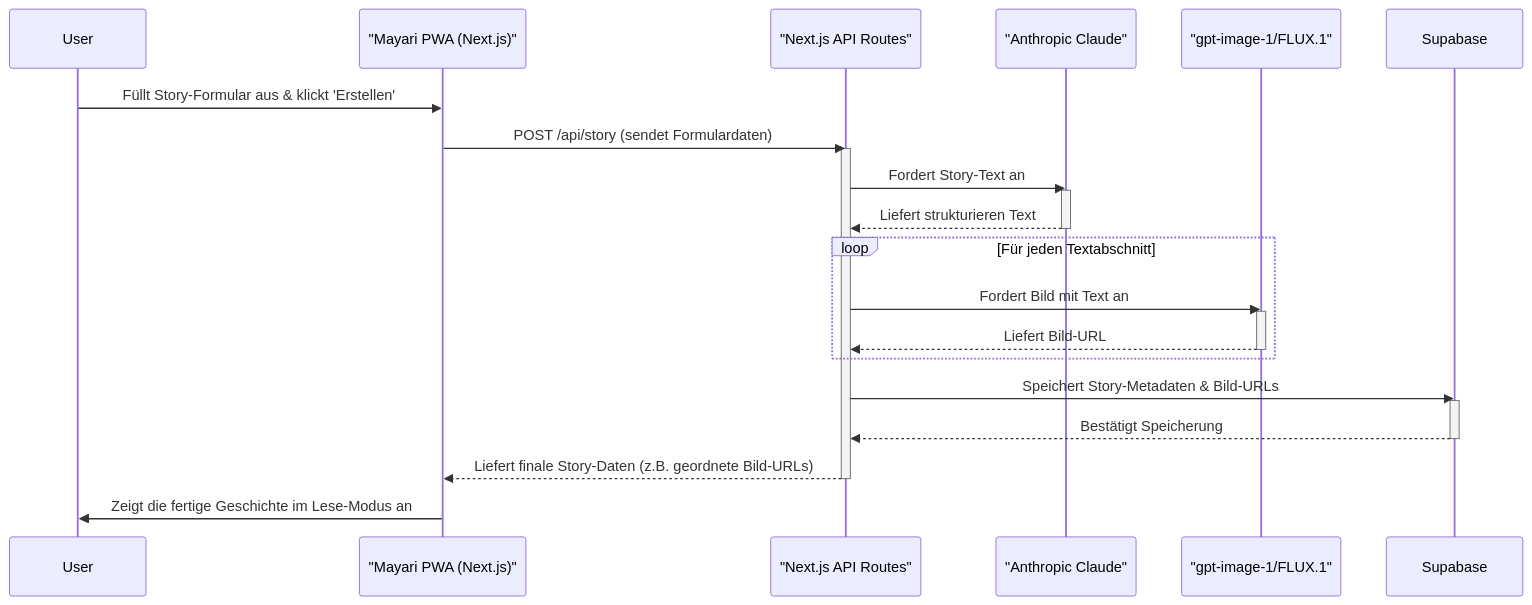
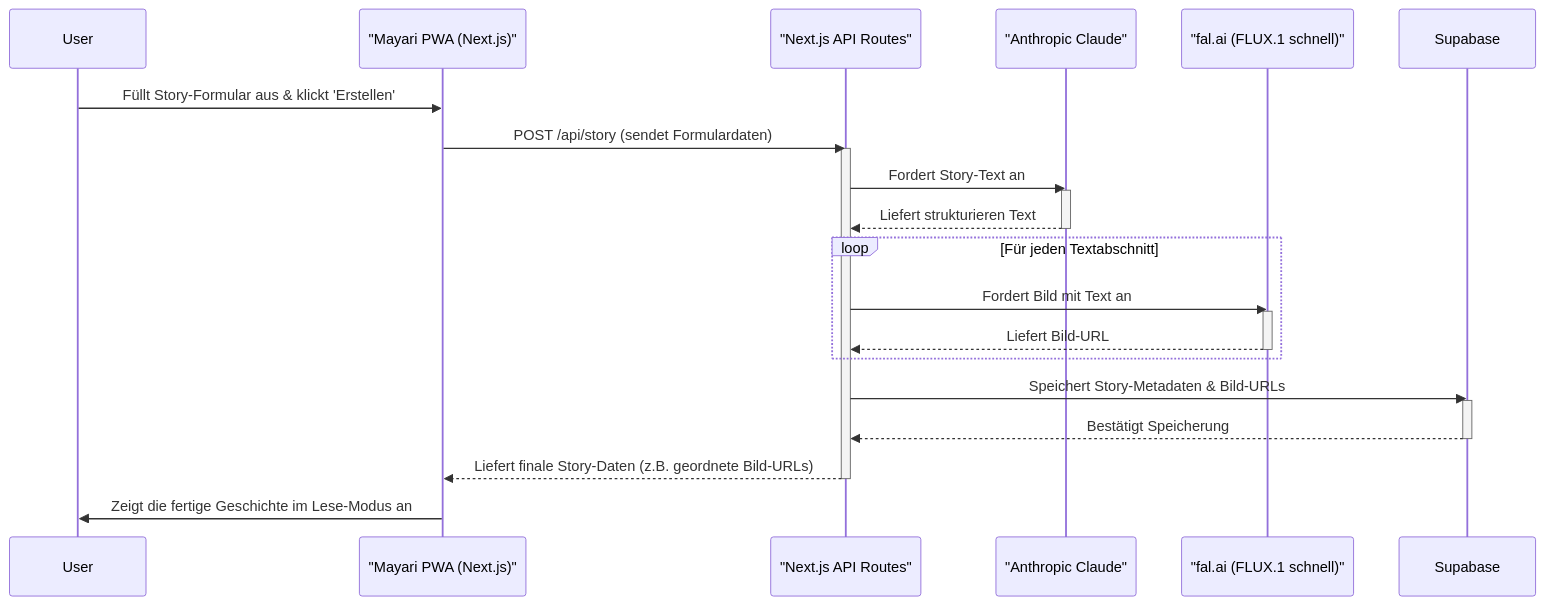
The first of 2 diagrams in docs/technical/sdd.md (DuckSpencer/mayari-pwa), drawn with Mermaid before and after one commit. The commit also changed other lines of this file and 21 other files, not shown here.

````diff
--- a/docs/technical/sdd.md
+++ b/docs/technical/sdd.md
@@ -7,35 +7,35 @@
 ```mermaid
 sequenceDiagram
     participant User
     participant PWA as "Mayari PWA (Next.js)"
     participant Backend as "Next.js API Routes"
     participant TextAI as "Anthropic Claude"
-    participant ImageAI as "gpt-image-1/FLUX.1"
+    participant ImageAI as "fal.ai (FLUX.1 schnell)"
     participant Supabase
 
     User->>PWA: Füllt Story-Formular aus & klickt 'Erstellen'
     PWA->>Backend: POST /api/story (sendet Formulardaten)
     activate Backend
 
     Backend->>TextAI: Fordert Story-Text an
     activate TextAI
     TextAI-->>Backend: Liefert strukturieren Text
     deactivate TextAI
 
     loop Für jeden Textabschnitt
         Backend->>ImageAI: Fordert Bild mit Text an
         activate ImageAI
         ImageAI-->>Backend: Liefert Bild-URL
         deactivate ImageAI
     end
 
     Backend->>Supabase: Speichert Story-Metadaten & Bild-URLs
     activate Supabase
     Supabase-->>Backend: Bestätigt Speicherung
     deactivate Supabase
 
     Backend-->>PWA: Liefert finale Story-Daten (z.B. geordnete Bild-URLs)
     deactivate Backend
 
     PWA->>User: Zeigt die fertige Geschichte im Lese-Modus an
 ```
````
